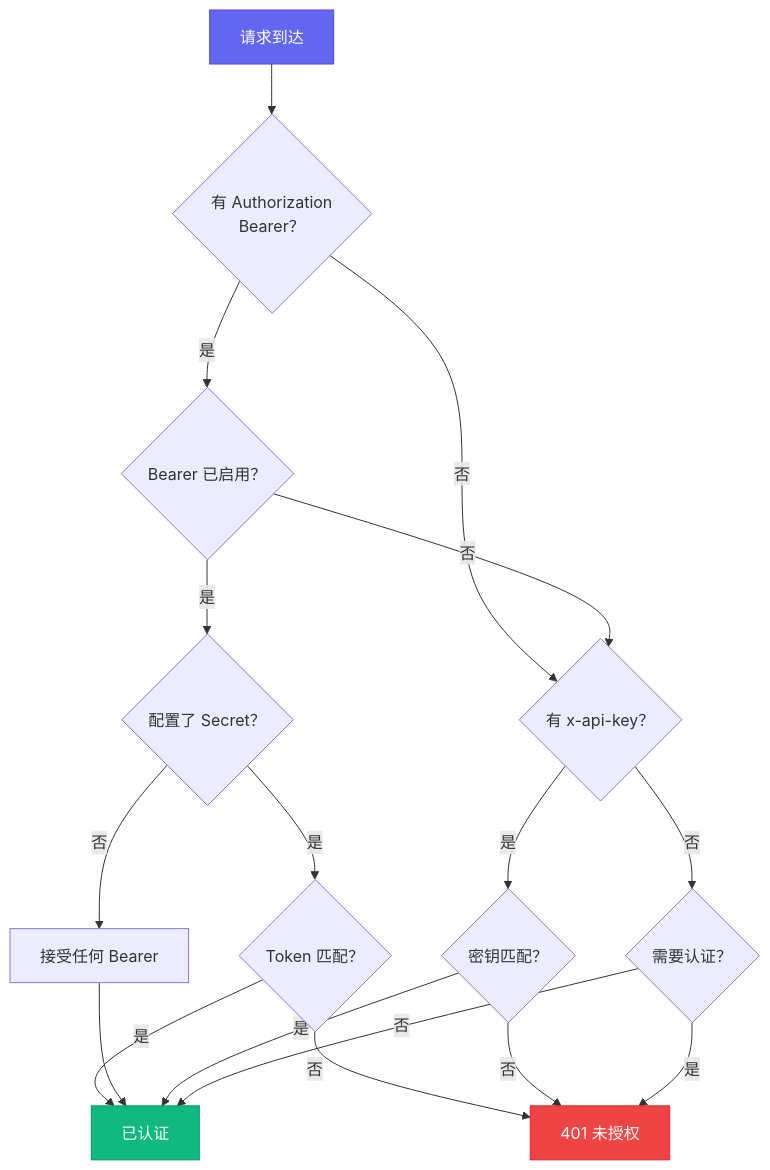
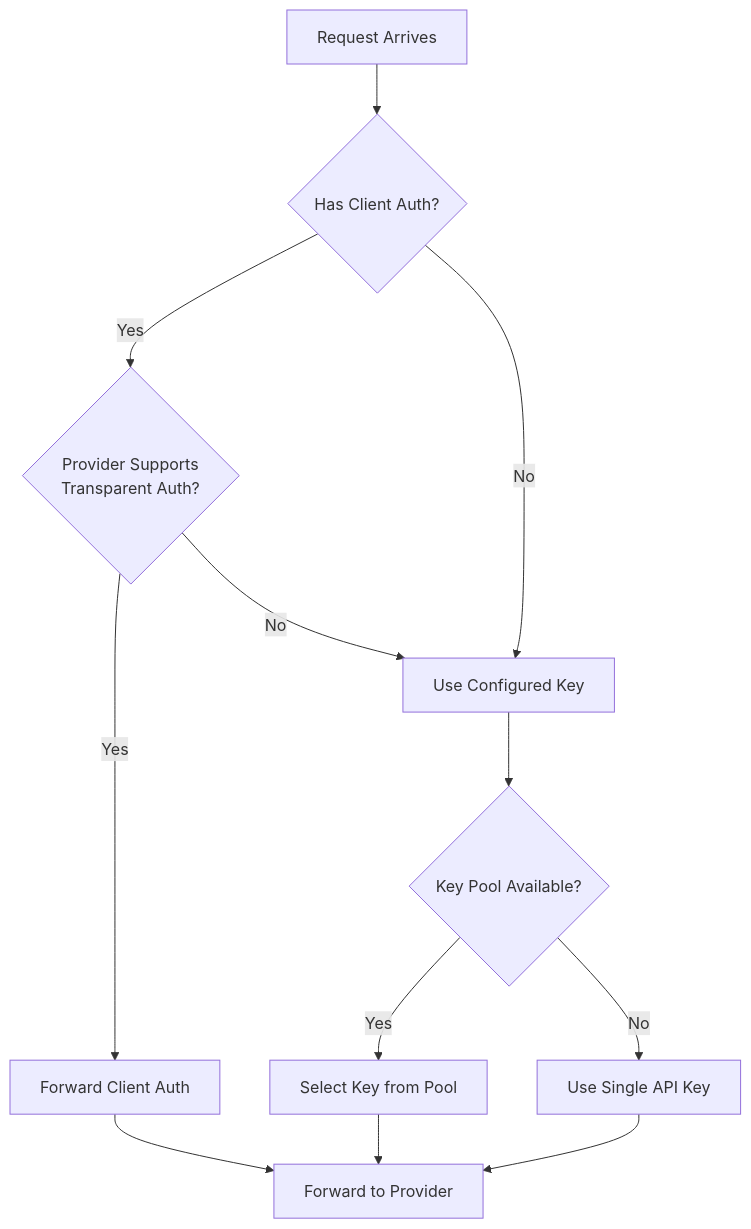
The fifth of 5 diagrams in docs-site/content/zh-cn/docs/architecture.md (omarluq/cc-relay), drawn with Mermaid before and after one commit. The commit also changed other lines of this file and 5 other files, not shown here.

First line of the commit message:
docs: rewrite architecture docs with multi-provider support

````diff
--- a/docs-site/content/zh-cn/docs/architecture.md
+++ b/docs-site/content/zh-cn/docs/architecture.md
@@ -263,30 +299,14 @@
 ```mermaid
 graph TD
-    A[请求到达] --> B{有 Authorization<br/>Bearer？}
-    B -->|是| C{Bearer 已启用？}
-    B -->|否| D{有 x-api-key？}
-
-    C -->|是| E{配置了 Secret？}
-    C -->|否| D
-
-    E -->|是| F{Token 匹配？}
-    E -->|否| G[接受任何 Bearer]
-
-    F -->|是| H[已认证]
-    F -->|否| I[401 未授权]
-
-    G --> H
-
-    D -->|是| J{密钥匹配？}
-    D -->|否| K{需要认证？}
-
-    J -->|是| H
-    J -->|否| I
-
-    K -->|是| I
-    K -->|否| H
-
-    style A fill:#6366f1,stroke:#4f46e5,color:#fff
-    style H fill:#10b981,stroke:#059669,color:#fff
-    style I fill:#ef4444,stroke:#dc2626,color:#fff
+    A[Request Arrives] --> B{Has Client Auth?}
+    B -->|Yes| C{Provider Supports<br/>Transparent Auth?}
+    B -->|No| D[Use Configured Key]
+    C -->|Yes| E[Forward Client Auth]
+    C -->|No| D
+    D --> F{Key Pool Available?}
+    F -->|Yes| G[Select Key from Pool]
+    F -->|No| H[Use Single API Key]
+    E --> I[Forward to Provider]
+    G --> I
+    H --> I
 ```
````
